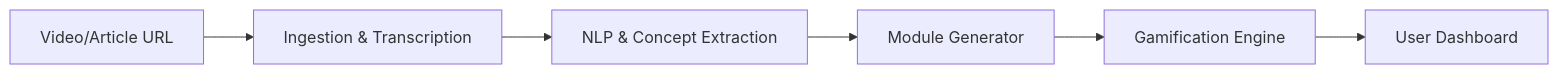
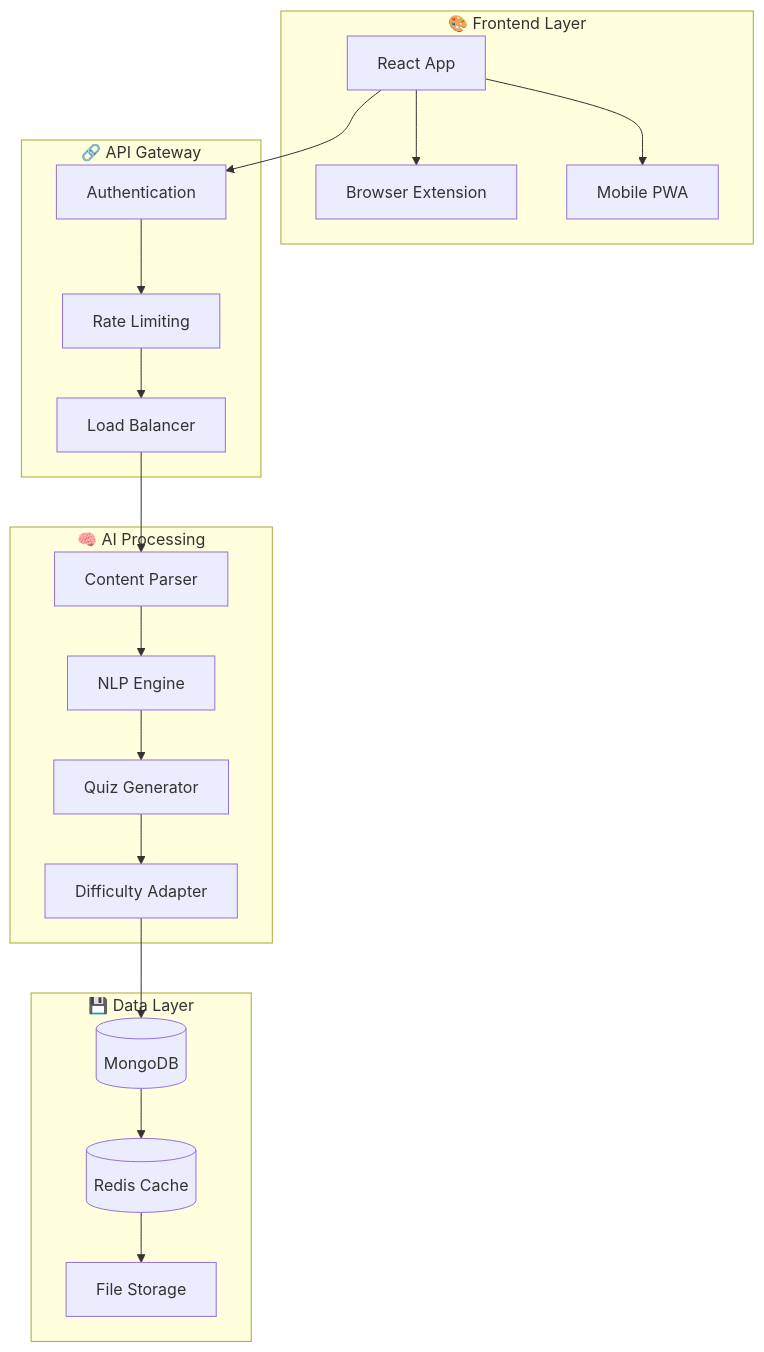
One commit to talhadevelopes/BrainBolt changed the second of 3 diagrams in README.md. Above: the diagram before and after it, drawn with Mermaid. The commit also changed other lines of this file, not shown here.

````diff
--- a/README.md
+++ b/README.md
@@ -45,8 +164,27 @@
 ```mermaid
-graph LR
-  V[Video/Article URL] --> I[Ingestion & Transcription]
-  I --> P[NLP & Concept Extraction]
-  P --> M[Module Generator]
-  M --> G[Gamification Engine]
-  G --> U[User Dashboard]
+graph TB
+    subgraph "🎨 Frontend Layer"
+        A[React App] --> B[Browser Extension]
+        A --> C[Mobile PWA]
+    end
+    
+    subgraph "🔗 API Gateway"
+        D[Authentication] --> E[Rate Limiting]
+        E --> F[Load Balancer]
+    end
+    
+    subgraph "🧠 AI Processing"
+        G[Content Parser] --> H[NLP Engine]
+        H --> I[Quiz Generator]
+        I --> J[Difficulty Adapter]
+    end
+    
+    subgraph "💾 Data Layer"
+        K[(MongoDB)] --> L[(Redis Cache)]
+        L --> M[File Storage]
+    end
+    
+    A --> D
+    F --> G
+    J --> K
 ```
````
